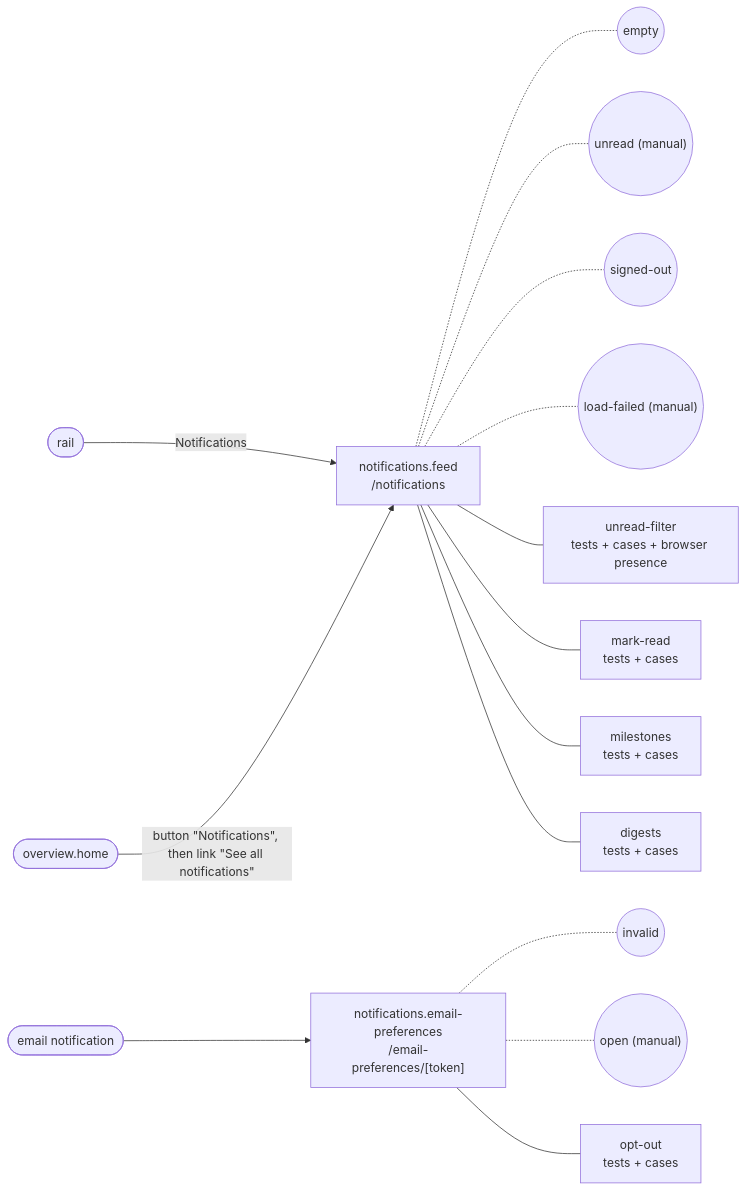
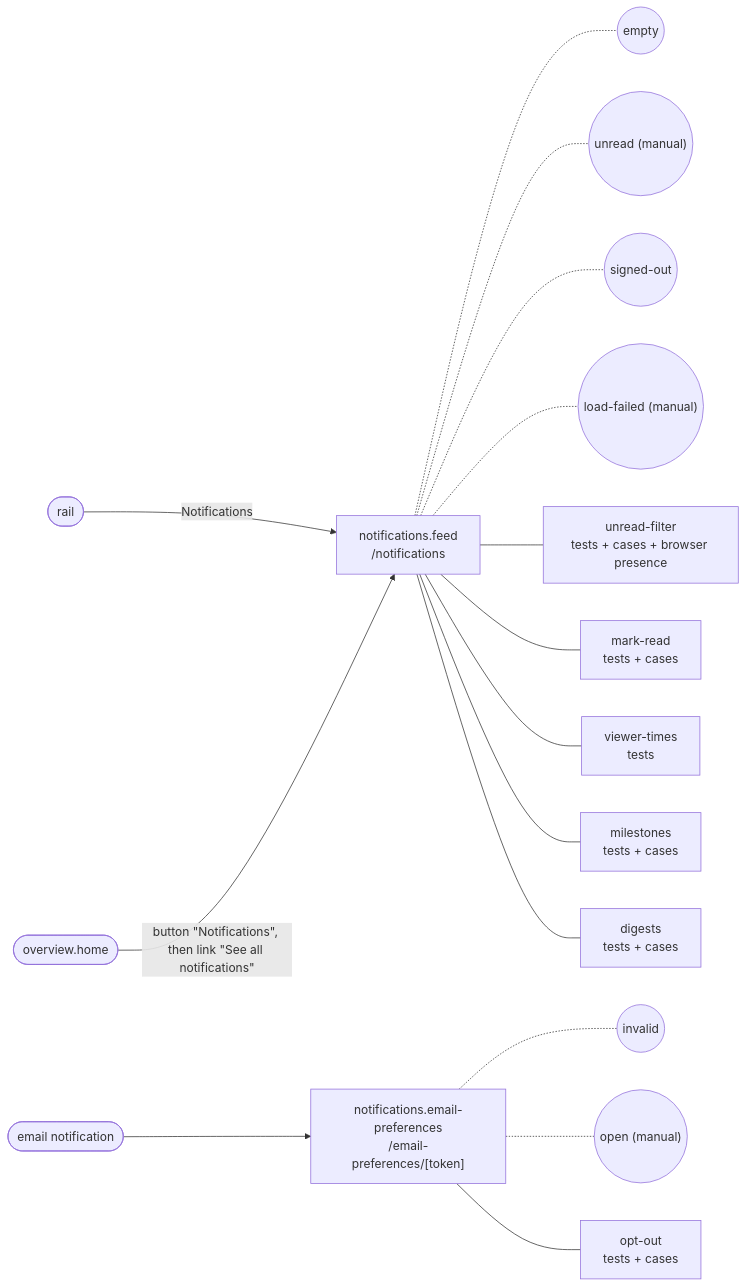
Before and after one commit to SebastianGarces/everyfield: the diagram in docs/feature-maps/notifications.md, drawn with Mermaid. The commit also changed other lines of this file and 5 other files, not shown here.

First line of the commit message:
R-61.4 Notification times in the viewer's time zone

````diff
--- a/docs/feature-maps/notifications.md
+++ b/docs/feature-maps/notifications.md
@@ -6,22 +6,23 @@
 ```mermaid
 flowchart LR
   rail(["rail"])
   s1_link0(["email notification"])
   x_overview_home(["overview.home"])
   s0["notifications.feed<br/>/notifications"]
   rail -- "Notifications" --> s0
   x_overview_home -- "button #quot;Notifications#quot;, then link #quot;See all notifications#quot;" --> s0
   s0 -.- s0_st0(("empty"))
   s0 -.- s0_st1(("unread (manual)"))
   s0 -.- s0_st2(("signed-out"))
   s0 -.- s0_st3(("load-failed (manual)"))
   s0 --- s0_b0["unread-filter<br/>tests + cases + browser presence"]
   s0 --- s0_b1["mark-read<br/>tests + cases"]
-  s0 --- s0_b2["milestones<br/>tests + cases"]
-  s0 --- s0_b3["digests<br/>tests + cases"]
+  s0 --- s0_b2["viewer-times<br/>tests"]
+  s0 --- s0_b3["milestones<br/>tests + cases"]
+  s0 --- s0_b4["digests<br/>tests + cases"]
   s1["notifications.email-preferences<br/>/email-preferences/[token]"]
   s1_link0 --> s1
   s1 -.- s1_st0(("invalid"))
   s1 -.- s1_st1(("open (manual)"))
   s1 --- s1_b0["opt-out<br/>tests + cases"]
 ```
````
